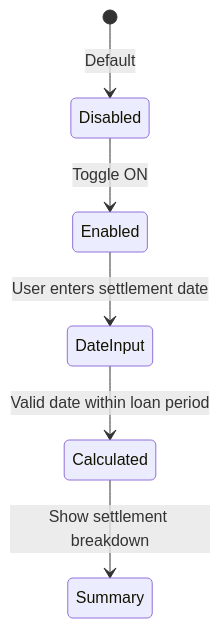
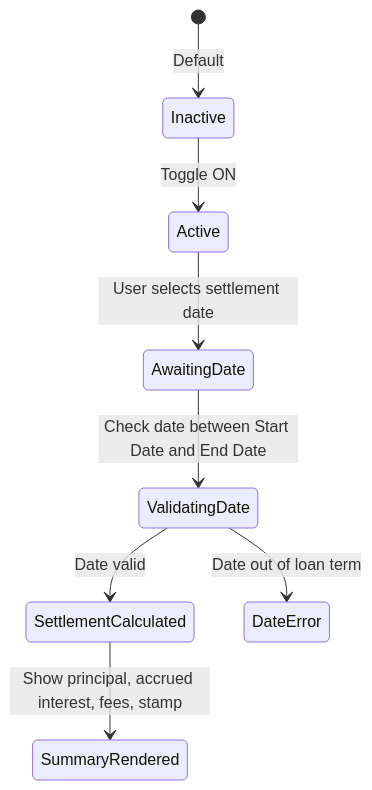
Before and after one commit to accayman7/Loan-Calculator: the fourth of 4 diagrams in STATE_MODEL.md, drawn with Mermaid. The commit also changed other lines of this file and 1 other file, not shown here.

````diff
--- a/STATE_MODEL.md
+++ b/STATE_MODEL.md
@@ -139,8 +189,10 @@
 ```mermaid
 stateDiagram-v2
-    [*] --> Disabled: Default
-    Disabled --> Enabled: Toggle ON
-    Enabled --> DateInput: User enters settlement date
-    DateInput --> Calculated: Valid date within loan period
-    Calculated --> Summary: Show settlement breakdown
+    [*] --> Inactive: Default
+    Inactive --> Active: Toggle ON
+    Active --> AwaitingDate: User selects settlement date
+    AwaitingDate --> ValidatingDate: Check date between Start Date and End Date
+    ValidatingDate --> SettlementCalculated: Date valid
+    ValidatingDate --> DateError: Date out of loan term
+    SettlementCalculated --> SummaryRendered: Show principal, accrued interest, fees, stamp
 ```
````
